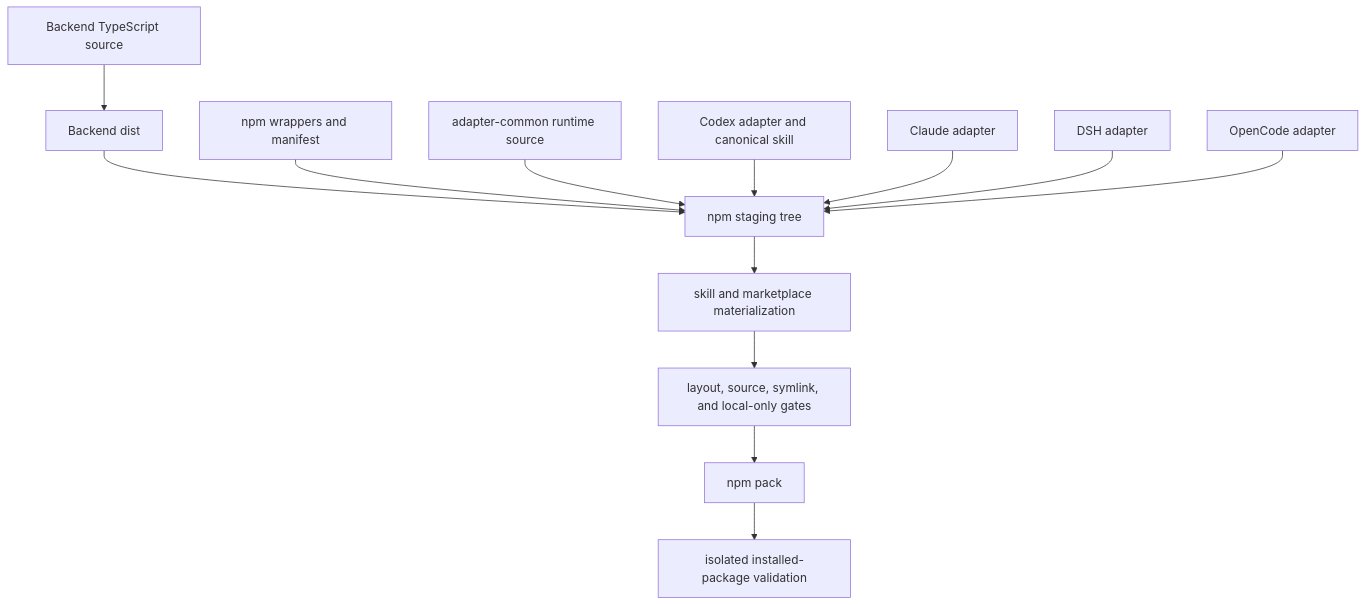
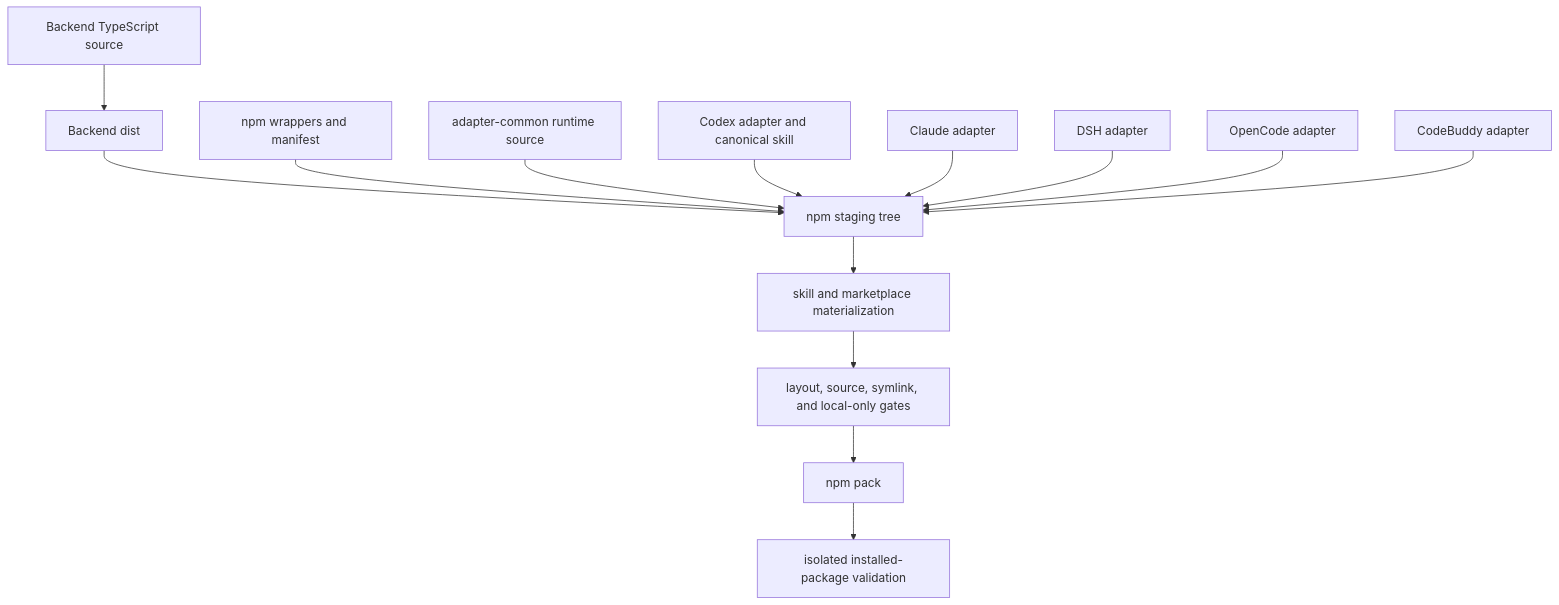
The sixth of 6 diagrams in ARCHITECTURE.md (SimonEskildse/memorax-code), drawn with Mermaid before and after one commit. The commit also changed other lines of this file and 4 other files, not shown here.

Commit message:
docs(codebuddy): document WorkBuddy architecture and boundaries

````diff
--- a/ARCHITECTURE.md
+++ b/ARCHITECTURE.md
@@ -675,29 +682,31 @@
 ```mermaid
 flowchart TD
   BackendSource["Backend TypeScript source"]
   BackendBuild["Backend dist"]
   NpmSource["npm wrappers and manifest"]
   CommonSource["adapter-common runtime source"]
   CodexSource["Codex adapter and canonical skill"]
   ClaudeSource["Claude adapter"]
   DshSource["DSH adapter"]
   OpenCodeSource["OpenCode adapter"]
+  CodeBuddySource["CodeBuddy adapter"]
   Stage["npm staging tree"]
   Materialize["skill and marketplace materialization"]
   Gates["layout, source, symlink, and local-only gates"]
   Pack["npm pack"]
   InstallTest["isolated installed-package validation"]
 
   BackendSource --> BackendBuild
   BackendBuild --> Stage
   NpmSource --> Stage
   CommonSource --> Stage
   CodexSource --> Stage
   ClaudeSource --> Stage
   DshSource --> Stage
   OpenCodeSource --> Stage
+  CodeBuddySource --> Stage
   Stage --> Materialize
   Materialize --> Gates
   Gates --> Pack
   Pack --> InstallTest
 ```
````
